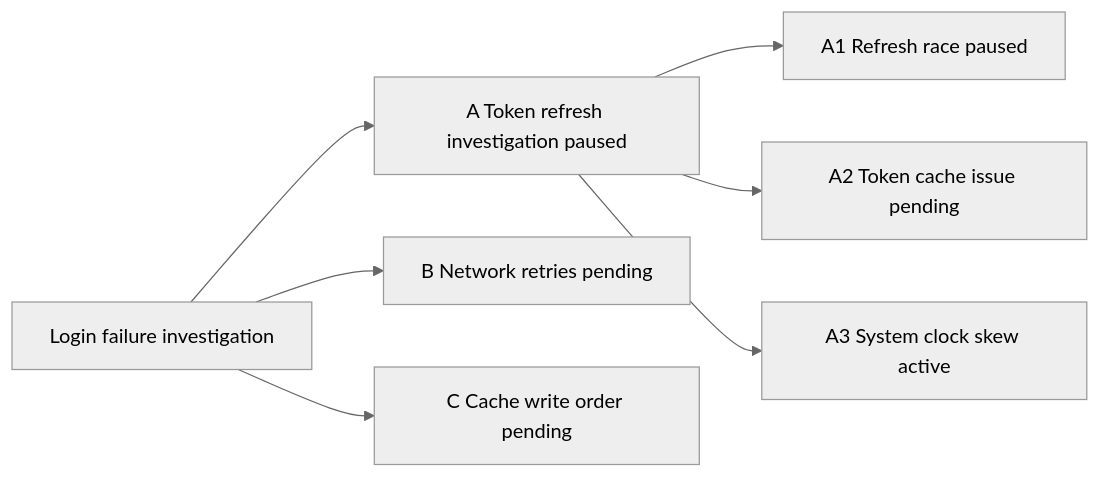
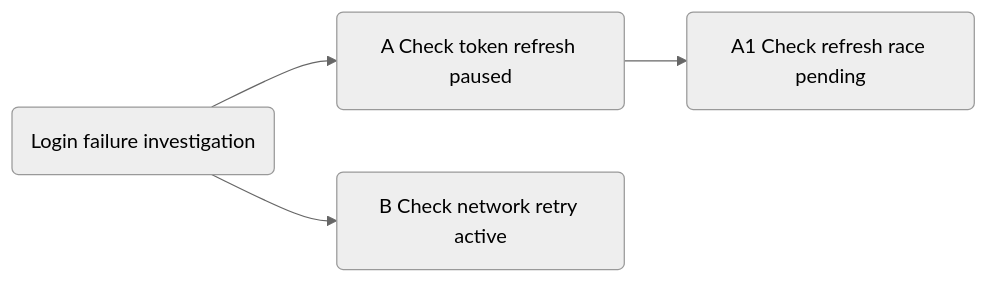
One commit to tang0758/trailmap-skill changed the diagram in docs/USAGE.md. Above: the diagram before and after it, drawn with Mermaid (neutral theme). The commit also changed other lines of this file and 18 other files, not shown here.

````diff
--- a/docs/USAGE.md
+++ b/docs/USAGE.md
@@ -443,5 +206,5 @@
 ```mermaid
 graph LR
-  root["Login failure investigation"] --> A["A Token refresh investigation paused"] & B["B Network retries pending"] & C["C Cache write order pending"]
-  A --> A1["A1 Refresh race paused"] & A2["A2 Token cache issue pending"] & A3["A3 System clock skew active"]
+  root("Login failure investigation") --> A("A Check token refresh paused") & B("B Check network retry active")
+  A --> A1("A1 Check refresh race pending")
 ```
````
